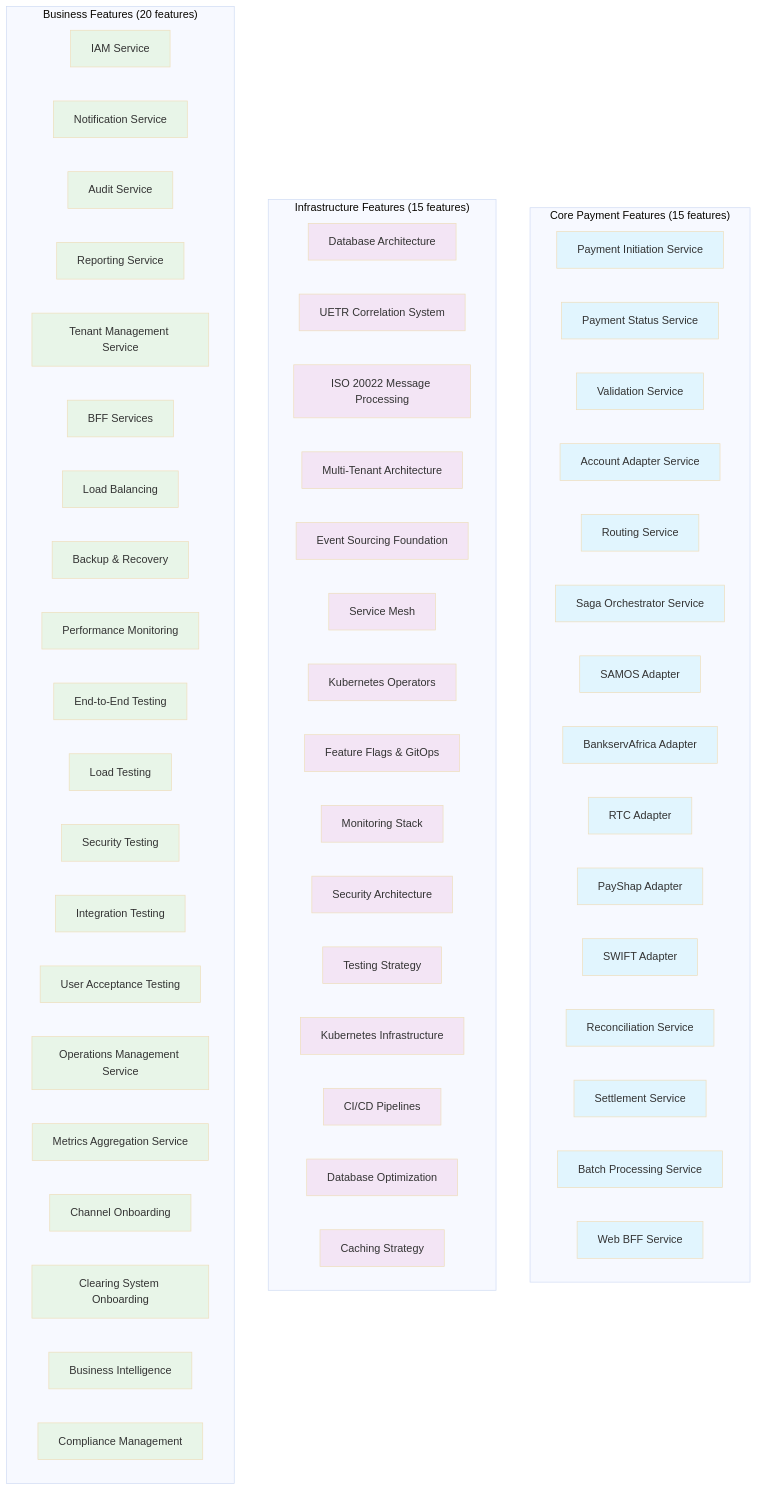
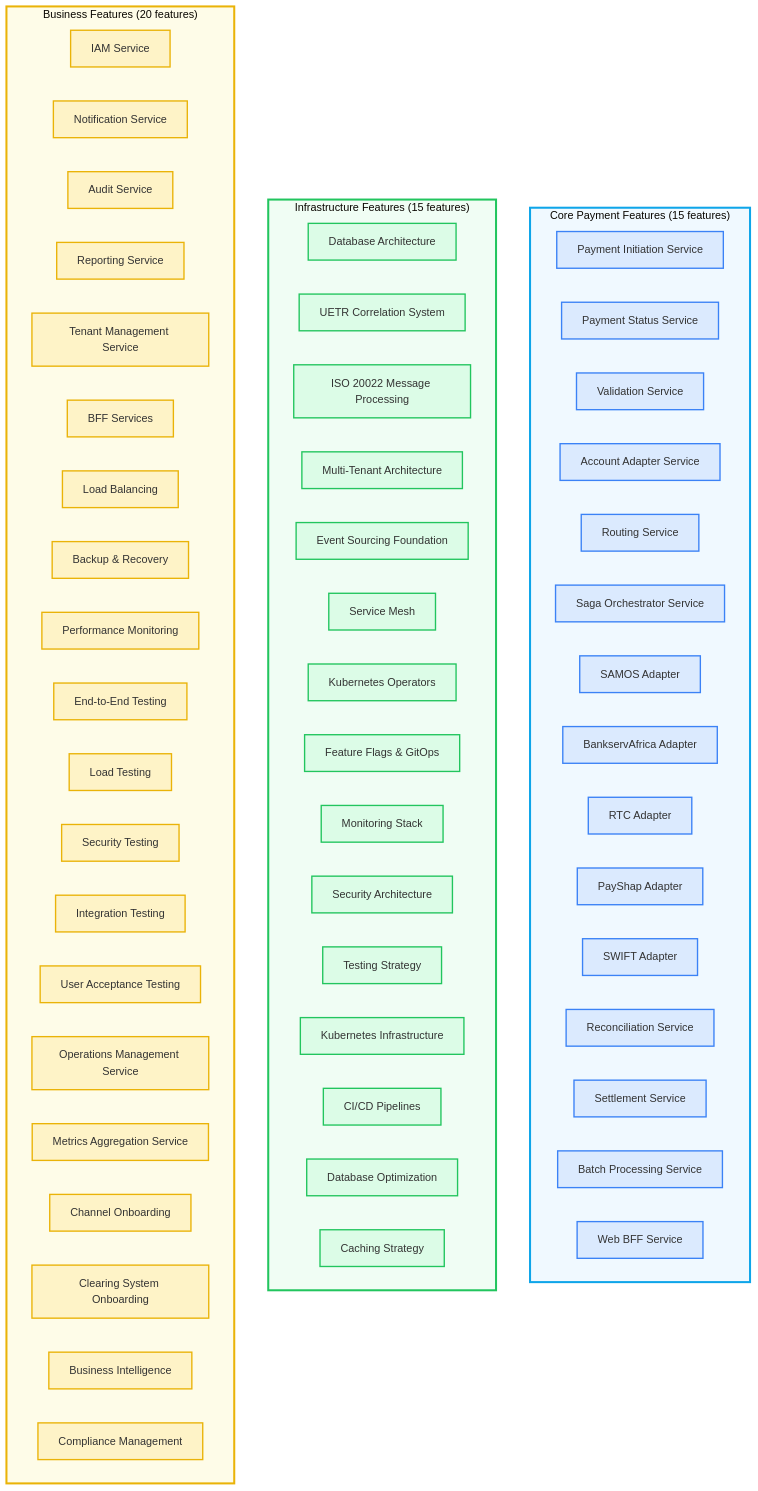
The second of 5 diagrams in docs/23-FEATURE-BREAKDOWN-VISUAL.md (kranthikarthan/PE-v2-Architecture), drawn with Mermaid (base theme) before and after one commit. The commit also changed other lines of this file and 1 other file, not shown here.

First line of the commit message:
Improve Mermaid Diagram Color Palette and Layout

````diff
--- a/docs/23-FEATURE-BREAKDOWN-VISUAL.md
+++ b/docs/23-FEATURE-BREAKDOWN-VISUAL.md
@@ -176,6 +185,6 @@
 ```mermaid
 graph TB
-    subgraph "Core Payment Features (15 features)"
+    subgraph CPF["Core Payment Features (15 features)"]
         A[Payment Initiation Service]
         B[Payment Status Service]
         C[Validation Service]
@@ -193,7 +202,7 @@
         O[Web BFF Service]
     end
     
-    subgraph "Infrastructure Features (15 features)"
+    subgraph IF["Infrastructure Features (15 features)"]
         P[Database Architecture]
         Q[UETR Correlation System]
         R[ISO 20022 Message Processing]
@@ -211,7 +220,7 @@
         DD[Caching Strategy]
     end
     
-    subgraph "Business Features (20 features)"
+    subgraph BF["Business Features (20 features)"]
         EE[IAM Service]
         FF[Notification Service]
         GG[Audit Service]
@@ -234,54 +243,58 @@
         XX[Compliance Management]
     end
     
-    style A fill:#e1f5fe
-    style B fill:#e1f5fe
-    style C fill:#e1f5fe
-    style D fill:#e1f5fe
-    style E fill:#e1f5fe
-    style F fill:#e1f5fe
-    style G fill:#e1f5fe
-    style H fill:#e1f5fe
-    style I fill:#e1f5fe
-    style J fill:#e1f5fe
-    style K fill:#e1f5fe
-    style L fill:#e1f5fe
-    style M fill:#e1f5fe
-    style N fill:#e1f5fe
-    style O fill:#e1f5fe
-    style P fill:#f3e5f5
-    style Q fill:#f3e5f5
-    style R fill:#f3e5f5
-    style S fill:#f3e5f5
-    style T fill:#f3e5f5
-    style U fill:#f3e5f5
-    style V fill:#f3e5f5
-    style W fill:#f3e5f5
-    style X fill:#f3e5f5
-    style Y fill:#f3e5f5
-    style Z fill:#f3e5f5
-    style AA fill:#f3e5f5
-    style BB fill:#f3e5f5
-    style CC fill:#f3e5f5
-    style DD fill:#f3e5f5
-    style EE fill:#e8f5e8
-    style FF fill:#e8f5e8
-    style GG fill:#e8f5e8
-    style HH fill:#e8f5e8
-    style II fill:#e8f5e8
-    style JJ fill:#e8f5e8
-    style KK fill:#e8f5e8
-    style LL fill:#e8f5e8
-    style MM fill:#e8f5e8
-    style NN fill:#e8f5e8
-    style OO fill:#e8f5e8
-    style PP fill:#e8f5e8
-    style QQ fill:#e8f5e8
-    style RR fill:#e8f5e8
-    style SS fill:#e8f5e8
-    style TT fill:#e8f5e8
-    style UU fill:#e8f5e8
-    style VV fill:#e8f5e8
-    style WW fill:#e8f5e8
-    style XX fill:#e8f5e8
+    style CPF fill:#f0f9ff,stroke:#0ea5e9,stroke-width:3px
+    style IF fill:#f0fdf4,stroke:#22c55e,stroke-width:3px
+    style BF fill:#fefce8,stroke:#eab308,stroke-width:3px
+    
+    style A fill:#dbeafe,stroke:#3b82f6,stroke-width:2px
+    style B fill:#dbeafe,stroke:#3b82f6,stroke-width:2px
+    style C fill:#dbeafe,stroke:#3b82f6,stroke-width:2px
+    style D fill:#dbeafe,stroke:#3b82f6,stroke-width:2px
+    style E fill:#dbeafe,stroke:#3b82f6,stroke-width:2px
+    style F fill:#dbeafe,stroke:#3b82f6,stroke-width:2px
+    style G fill:#dbeafe,stroke:#3b82f6,stroke-width:2px
+    style H fill:#dbeafe,stroke:#3b82f6,stroke-width:2px
+    style I fill:#dbeafe,stroke:#3b82f6,stroke-width:2px
+    style J fill:#dbeafe,stroke:#3b82f6,stroke-width:2px
+    style K fill:#dbeafe,stroke:#3b82f6,stroke-width:2px
+    style L fill:#dbeafe,stroke:#3b82f6,stroke-width:2px
+    style M fill:#dbeafe,stroke:#3b82f6,stroke-width:2px
+    style N fill:#dbeafe,stroke:#3b82f6,stroke-width:2px
+    style O fill:#dbeafe,stroke:#3b82f6,stroke-width:2px
+    style P fill:#dcfce7,stroke:#22c55e,stroke-width:2px
+    style Q fill:#dcfce7,stroke:#22c55e,stroke-width:2px
+    style R fill:#dcfce7,stroke:#22c55e,stroke-width:2px
+    style S fill:#dcfce7,stroke:#22c55e,stroke-width:2px
+    style T fill:#dcfce7,stroke:#22c55e,stroke-width:2px
+    style U fill:#dcfce7,stroke:#22c55e,stroke-width:2px
+    style V fill:#dcfce7,stroke:#22c55e,stroke-width:2px
+    style W fill:#dcfce7,stroke:#22c55e,stroke-width:2px
+    style X fill:#dcfce7,stroke:#22c55e,stroke-width:2px
+    style Y fill:#dcfce7,stroke:#22c55e,stroke-width:2px
+    style Z fill:#dcfce7,stroke:#22c55e,stroke-width:2px
+    style AA fill:#dcfce7,stroke:#22c55e,stroke-width:2px
+    style BB fill:#dcfce7,stroke:#22c55e,stroke-width:2px
+    style CC fill:#dcfce7,stroke:#22c55e,stroke-width:2px
+    style DD fill:#dcfce7,stroke:#22c55e,stroke-width:2px
+    style EE fill:#fef3c7,stroke:#eab308,stroke-width:2px
+    style FF fill:#fef3c7,stroke:#eab308,stroke-width:2px
+    style GG fill:#fef3c7,stroke:#eab308,stroke-width:2px
+    style HH fill:#fef3c7,stroke:#eab308,stroke-width:2px
+    style II fill:#fef3c7,stroke:#eab308,stroke-width:2px
+    style JJ fill:#fef3c7,stroke:#eab308,stroke-width:2px
+    style KK fill:#fef3c7,stroke:#eab308,stroke-width:2px
+    style LL fill:#fef3c7,stroke:#eab308,stroke-width:2px
+    style MM fill:#fef3c7,stroke:#eab308,stroke-width:2px
+    style NN fill:#fef3c7,stroke:#eab308,stroke-width:2px
+    style OO fill:#fef3c7,stroke:#eab308,stroke-width:2px
+    style PP fill:#fef3c7,stroke:#eab308,stroke-width:2px
+    style QQ fill:#fef3c7,stroke:#eab308,stroke-width:2px
+    style RR fill:#fef3c7,stroke:#eab308,stroke-width:2px
+    style SS fill:#fef3c7,stroke:#eab308,stroke-width:2px
+    style TT fill:#fef3c7,stroke:#eab308,stroke-width:2px
+    style UU fill:#fef3c7,stroke:#eab308,stroke-width:2px
+    style VV fill:#fef3c7,stroke:#eab308,stroke-width:2px
+    style WW fill:#fef3c7,stroke:#eab308,stroke-width:2px
+    style XX fill:#fef3c7,stroke:#eab308,stroke-width:2px
 ```
````
